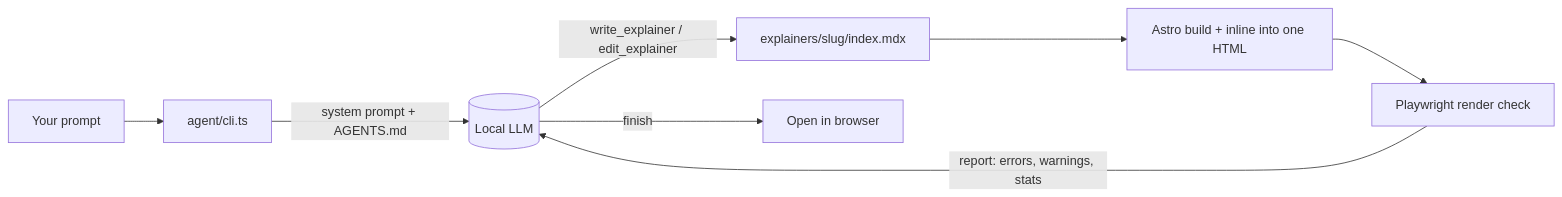
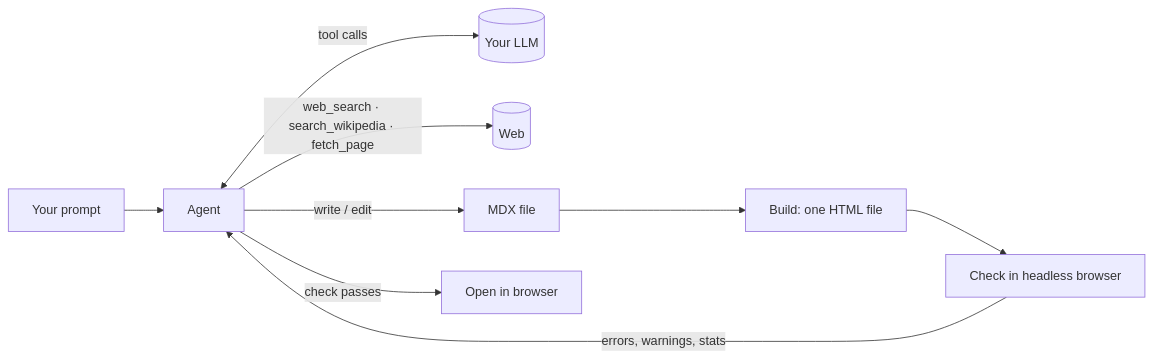
The diagram in README.md (Funk66/explainer), drawn with Mermaid before and after one commit. The commit also changed other lines of this file and 28 other files, not shown here.

````diff
--- a/README.md
+++ b/README.md
@@ -108,10 +32,11 @@
 ```mermaid
 flowchart LR
-  P[Your prompt] --> A[agent/cli.ts]
-  A -->|system prompt + AGENTS.md| L[(Local LLM)]
-  L -->|write_explainer / edit_explainer| M[explainers/slug/index.mdx]
-  M --> B[Astro build + inline into one HTML]
-  B --> C[Playwright render check]
-  C -->|report: errors, warnings, stats| L
-  L -->|finish| O[Open in browser]
+  P[Your prompt] --> A[Agent]
+  A <-->|tool calls| L[(Your LLM)]
+  A -->|web_search · search_wikipedia · fetch_page| W[(Web)]
+  A -->|write / edit| M[MDX file]
+  M --> B[Build: one HTML file]
+  B --> C[Check in headless browser]
+  C -->|errors, warnings, stats| A
+  A -->|check passes| O[Open in browser]
 ```
````
